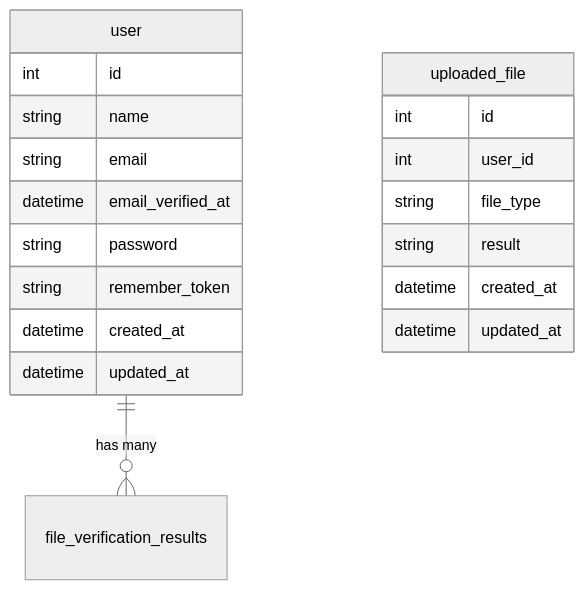
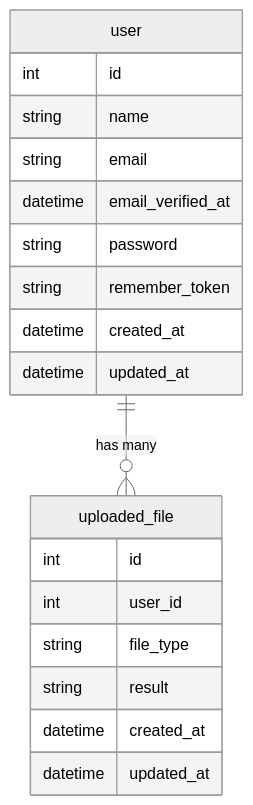
The first of 2 diagrams in README.md (artisan-isaac/accredify-assessment), drawn with Mermaid (neutral theme) before and after one commit.

````diff
--- a/README.md
+++ b/README.md
@@ -48,22 +48,22 @@
 ``` mermaid
 erDiagram
     user {
         int id
         string name
         string email
         datetime email_verified_at
         string password
         string remember_token
         datetime created_at
         datetime updated_at
     }
     uploaded_file {
         int id
         int user_id
         string file_type
         string result
         datetime created_at
         datetime updated_at
     }
-    user || --o{file_verification_results: "has many"
+    user || --o{uploaded_file: "has many"
 ```
````
